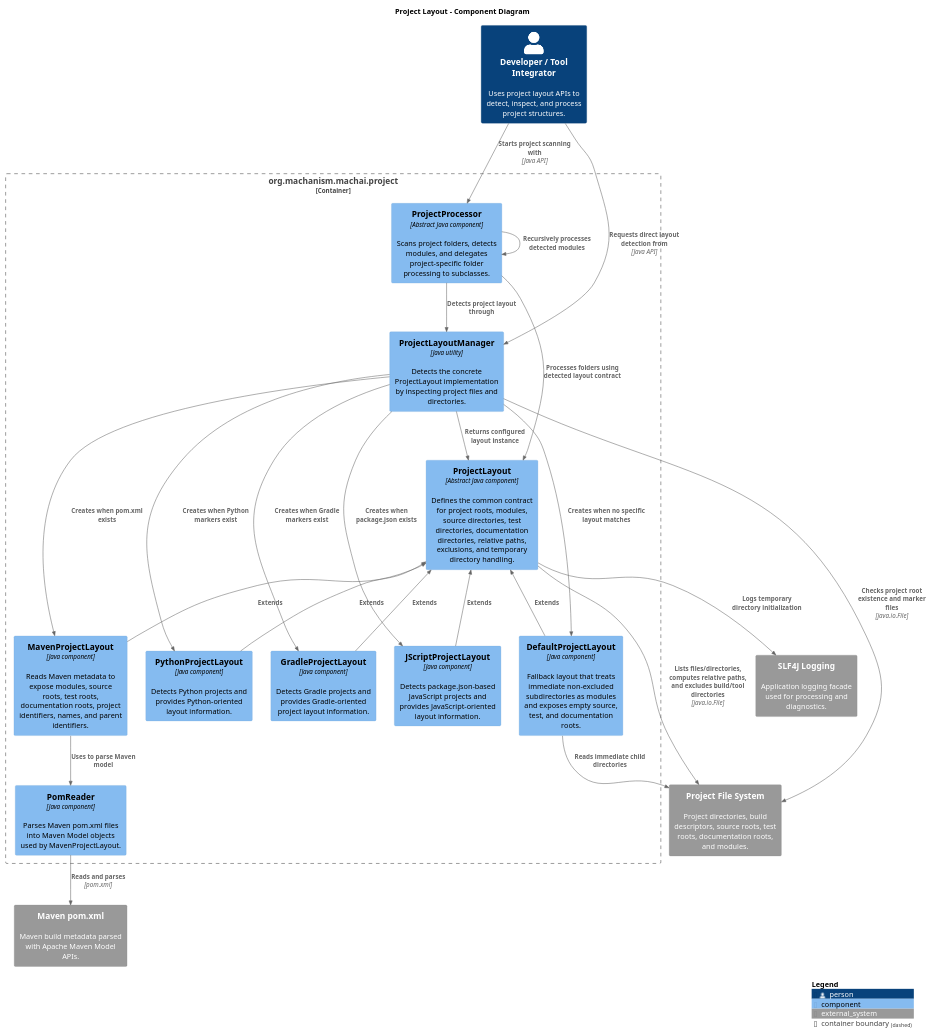
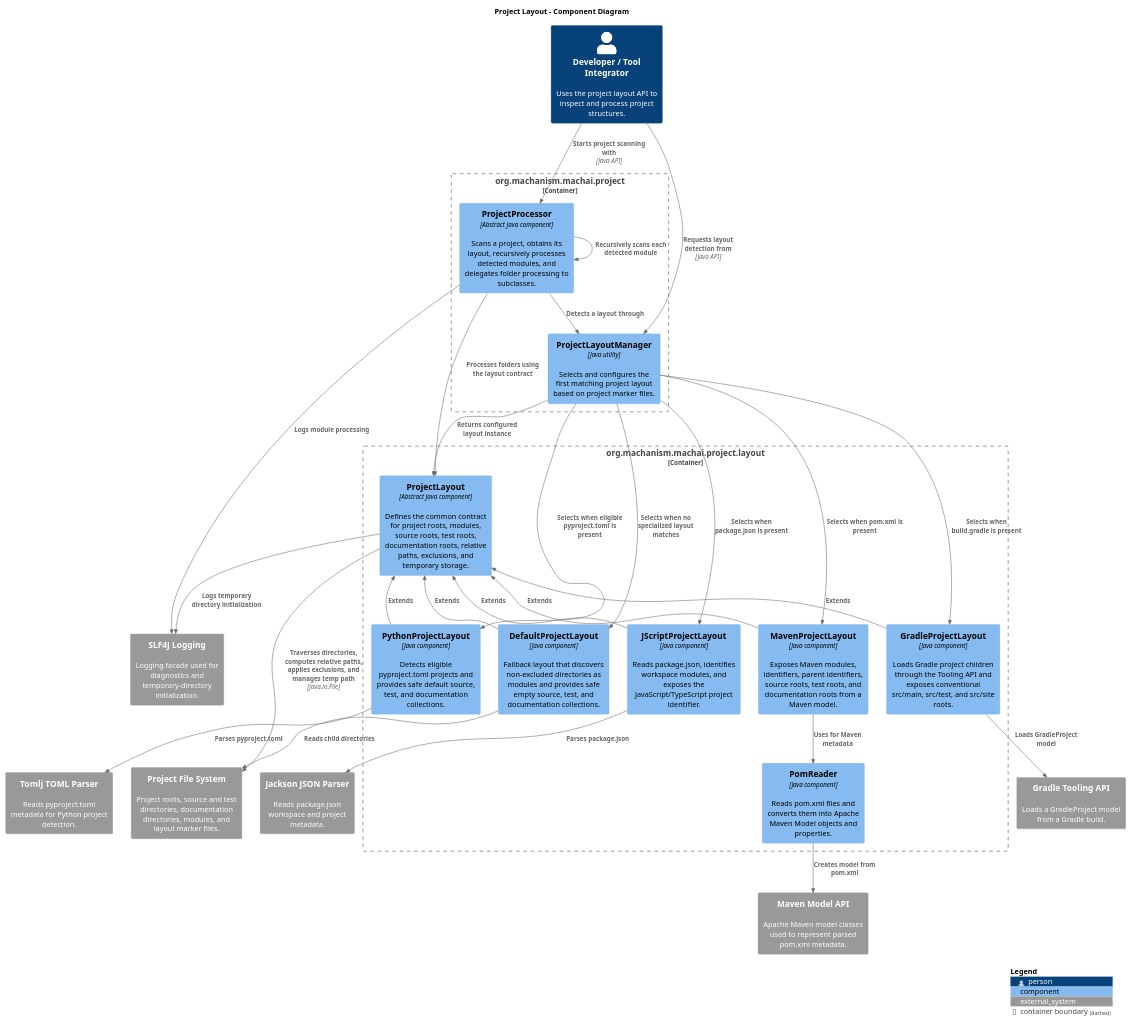
The diagram in project-layout/src/site/puml/c4-diagram.puml (machanism-org/machai), drawn with PlantUML before and after one commit. The commit also changed 64 other files, not shown here.

Commit message:
updated by gw:gw [INFO] Token usage summary for model 'gpt-5.6-luna-2026-07-09': Input = 14304855, Cached = 9435778, Output = 168072. [INFO] Machai Project ..................................... SUCCESS [21:33 min] $1.37

```diff
--- a/project-layout/src/site/puml/c4-diagram.puml
+++ b/project-layout/src/site/puml/c4-diagram.puml
@@ -10,56 +10,62 @@
 @startuml ProjectLayoutComponentDiagram
 !include <C4/C4_Component>
 
 LAYOUT_WITH_LEGEND()
 
 title Project Layout - Component Diagram
 
-Person(developer, "Developer / Tool Integrator", "Uses project layout APIs to detect, inspect, and process project structures.")
+Person(developer, "Developer / Tool Integrator", "Uses the project layout API to inspect and process project structures.")
 
-System_Ext(fileSystem, "Project File System", "Project directories, build descriptors, source roots, test roots, documentation roots, and modules.")
-System_Ext(mavenPom, "Maven pom.xml", "Maven build metadata parsed with Apache Maven Model APIs.")
-System_Ext(logging, "SLF4J Logging", "Application logging facade used for processing and diagnostics.")
+System_Ext(projectFiles, "Project File System", "Project roots, source and test directories, documentation directories, modules, and layout marker files.")
+System_Ext(mavenModel, "Maven Model API", "Apache Maven model classes used to represent parsed pom.xml metadata.")
+System_Ext(gradleTooling, "Gradle Tooling API", "Loads a GradleProject model from a Gradle build.")
+System_Ext(jsonParser, "Jackson JSON Parser", "Reads package.json workspace and project metadata.")
+System_Ext(tomlParser, "Tomlj TOML Parser", "Reads pyproject.toml metadata for Python project detection.")
+System_Ext(logging, "SLF4J Logging", "Logging facade used for diagnostics and temporary-directory initialization.")
 
-Container_Boundary(projectLayoutLib, "org.machanism.machai.project") {
-    Component(projectProcessor, "ProjectProcessor", "Abstract Java component", "Scans project folders, detects modules, and delegates project-specific folder processing to subclasses.")
-    Component(projectLayoutManager, "ProjectLayoutManager", "Java utility", "Detects the concrete ProjectLayout implementation by inspecting project files and directories.")
+Container_Boundary(projectCore, "org.machanism.machai.project") {
+    Component(projectProcessor, "ProjectProcessor", "Abstract Java component", "Scans a project, obtains its layout, recursively processes detected modules, and delegates folder processing to subclasses.")
+    Component(projectLayoutManager, "ProjectLayoutManager", "Java utility", "Selects and configures the first matching project layout based on project marker files.")
+}
 
-    Component(projectLayout, "ProjectLayout", "Abstract Java component", "Defines the common contract for project roots, modules, source directories, test directories, documentation directories, relative paths, exclusions, and temporary directory handling.")
-
-    Component(defaultLayout, "DefaultProjectLayout", "Java component", "Fallback layout that treats immediate non-excluded subdirectories as modules and exposes empty source, test, and documentation roots.")
-    Component(mavenLayout, "MavenProjectLayout", "Java component", "Reads Maven metadata to expose modules, source roots, test roots, documentation roots, project identifiers, names, and parent identifiers.")
-    Component(gradleLayout, "GradleProjectLayout", "Java component", "Detects Gradle projects and provides Gradle-oriented project layout information.")
-    Component(jsLayout, "JScriptProjectLayout", "Java component", "Detects package.json-based JavaScript projects and provides JavaScript-oriented layout information.")
-    Component(pythonLayout, "PythonProjectLayout", "Java component", "Detects Python projects and provides Python-oriented layout information.")
-    Component(pomReader, "PomReader", "Java component", "Parses Maven pom.xml files into Maven Model objects used by MavenProjectLayout.")
+Container_Boundary(layoutComponents, "org.machanism.machai.project.layout") {
+    Component(projectLayout, "ProjectLayout", "Abstract Java component", "Defines the common contract for project roots, modules, source roots, test roots, documentation roots, relative paths, exclusions, and temporary storage.")
+    Component(defaultLayout, "DefaultProjectLayout", "Java component", "Fallback layout that discovers non-excluded directories as modules and provides safe empty source, test, and documentation collections.")
+    Component(mavenLayout, "MavenProjectLayout", "Java component", "Exposes Maven modules, identifiers, parent identifiers, source roots, test roots, and documentation roots from a Maven model.")
+    Component(gradleLayout, "GradleProjectLayout", "Java component", "Loads Gradle project children through the Tooling API and exposes conventional src/main, src/test, and src/site roots.")
+    Component(jsLayout, "JScriptProjectLayout", "Java component", "Reads package.json, identifies workspace modules, and exposes the JavaScript/TypeScript project identifier.")
+    Component(pythonLayout, "PythonProjectLayout", "Java component", "Detects eligible pyproject.toml projects and provides safe default source, test, and documentation collections.")
+    Component(pomReader, "PomReader", "Java component", "Reads pom.xml files and converts them into Apache Maven Model objects and properties.")
 }
 
 Rel(developer, projectProcessor, "Starts project scanning with", "Java API")
-Rel(developer, projectLayoutManager, "Requests direct layout detection from", "Java API")
+Rel(developer, projectLayoutManager, "Requests layout detection from", "Java API")
 
-Rel(projectProcessor, projectLayoutManager, "Detects project layout through")
-Rel(projectProcessor, projectLayout, "Processes folders using detected layout contract")
-Rel(projectProcessor, projectProcessor, "Recursively processes detected modules")
-
-Rel(projectLayoutManager, fileSystem, "Checks project root existence and marker files", "java.io.File")
+Rel(projectProcessor, projectLayoutManager, "Detects a layout through")
+Rel(projectProcessor, projectLayout, "Processes folders using the layout contract")
+Rel(projectProcessor, projectProcessor, "Recursively scans each detected module")
 Rel(projectLayoutManager, projectLayout, "Returns configured layout instance")
-Rel(projectLayoutManager, mavenLayout, "Creates when pom.xml exists")
-Rel(projectLayoutManager, gradleLayout, "Creates when Gradle markers exist")
-Rel(projectLayoutManager, jsLayout, "Creates when package.json exists")
-Rel(projectLayoutManager, pythonLayout, "Creates when Python markers exist")
-Rel(projectLayoutManager, defaultLayout, "Creates when no specific layout matches")
+Rel(projectLayoutManager, mavenLayout, "Selects when pom.xml is present")
+Rel(projectLayoutManager, gradleLayout, "Selects when build.gradle is present")
+Rel(projectLayoutManager, jsLayout, "Selects when package.json is present")
+Rel(projectLayoutManager, pythonLayout, "Selects when eligible pyproject.toml is present")
+Rel(projectLayoutManager, defaultLayout, "Selects when no specialized layout matches")
 
 Rel_U(defaultLayout, projectLayout, "Extends")
 Rel_U(mavenLayout, projectLayout, "Extends")
 Rel_U(gradleLayout, projectLayout, "Extends")
 Rel_U(jsLayout, projectLayout, "Extends")
 Rel_U(pythonLayout, projectLayout, "Extends")
 
-Rel(projectLayout, fileSystem, "Lists files/directories, computes relative paths, and excludes build/tool directories", "java.io.File")
+Rel(projectLayout, projectFiles, "Traverses directories, computes relative paths, applies exclusions, and manages temp path", "java.io.File")
+Rel(defaultLayout, projectFiles, "Reads child directories")
+Rel(mavenLayout, pomReader, "Uses for Maven metadata")
+Rel(pomReader, mavenModel, "Creates model from pom.xml")
+Rel(gradleLayout, gradleTooling, "Loads GradleProject model")
+Rel(jsLayout, jsonParser, "Parses package.json")
+Rel(pythonLayout, tomlParser, "Parses pyproject.toml")
+Rel(projectProcessor, logging, "Logs module processing")
 Rel(projectLayout, logging, "Logs temporary directory initialization")
-Rel(defaultLayout, fileSystem, "Reads immediate child directories")
-Rel(mavenLayout, pomReader, "Uses to parse Maven model")
-Rel(pomReader, mavenPom, "Reads and parses", "pom.xml")
 
 SHOW_LEGEND()
 @enduml
```
